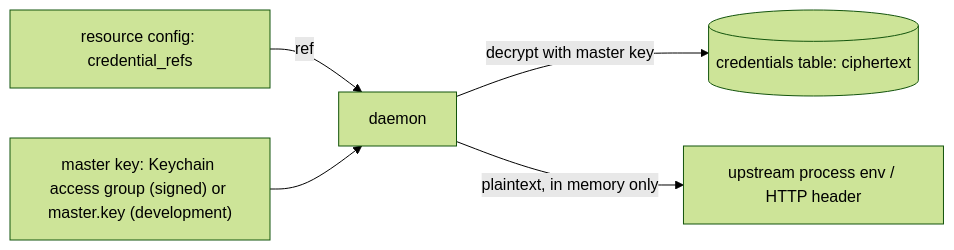
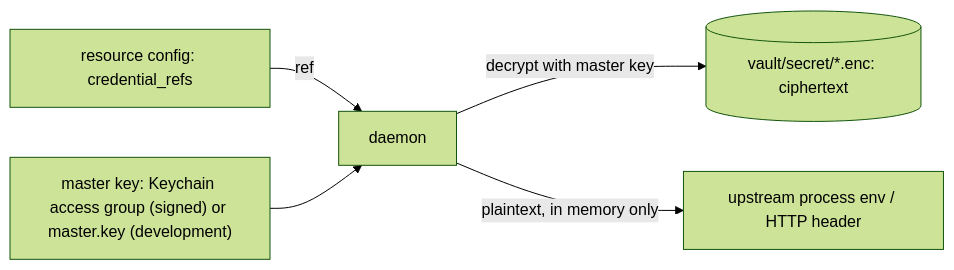
One commit to wyx-sg/Coffer changed the diagram in docs-site/guides/credentials.md. Above: the diagram before and after it, drawn with Mermaid (forest theme). The commit also changed other lines of this file and 88 other files, not shown here.

````diff
--- a/docs-site/guides/credentials.md
+++ b/docs-site/guides/credentials.md
@@ -19,7 +19,7 @@
 ```mermaid
 flowchart LR
     CFG["resource config: credential_refs"] -->|ref| D["daemon"]
-    D -->|decrypt with master key| DB[("credentials table: ciphertext")]
+    D -->|decrypt with master key| DB[("vault/secret/*.enc: ciphertext")]
     D -->|plaintext, in memory only| UP["upstream process env / HTTP header"]
     MK["master key: Keychain access group (signed) or master.key (development)"] --> D
 ```
````
